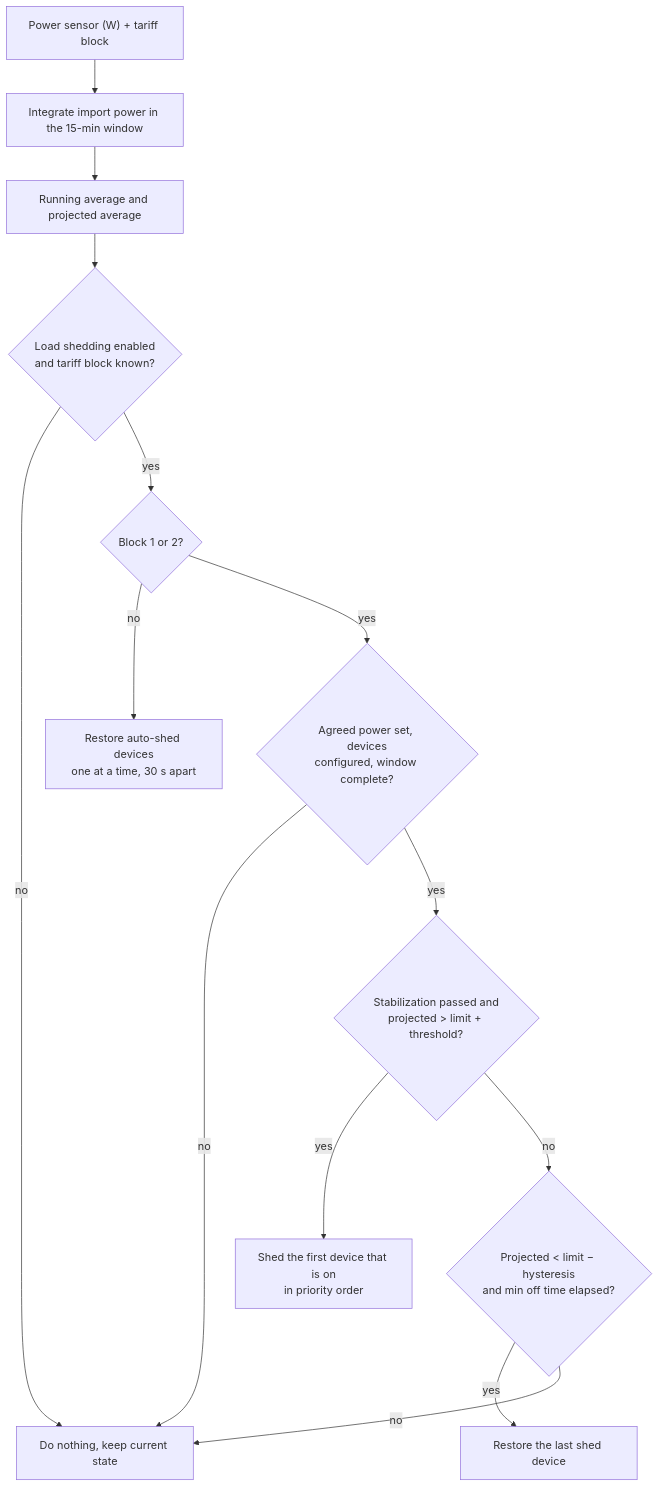
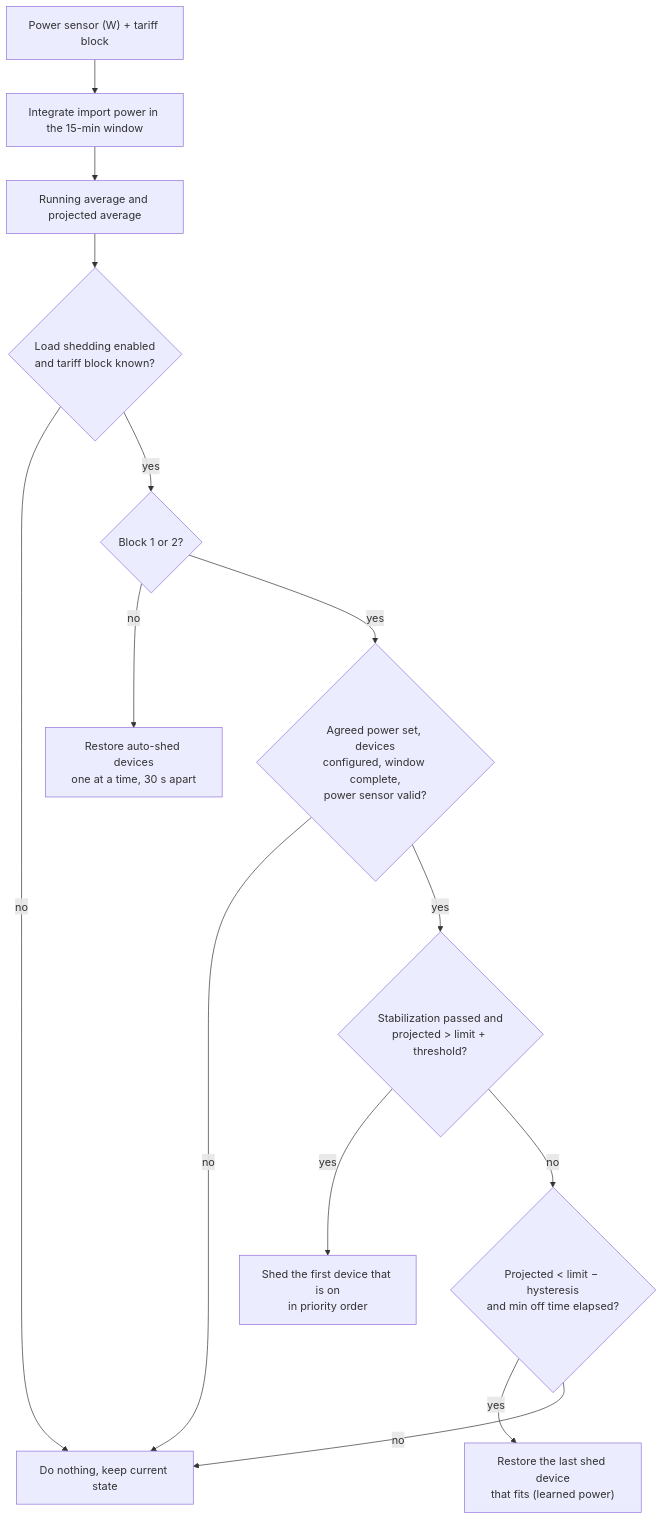
The diagram in README.md (JernejHren/Namudri-Elektro), drawn with Mermaid before and after one commit. The commit also changed other lines of this file and 9 other files, not shown here.

First line of the commit message:
Harden the controller: slow devices, stale sensor, learned power, max off time

````diff
--- a/README.md
+++ b/README.md
@@ -47,16 +49,16 @@
 ```mermaid
 flowchart TD
     A["Power sensor (W) + tariff block"] --> B["Integrate import power in the 15-min window"]
     B --> C["Running average and projected average"]
     C --> D{"Load shedding enabled<br/>and tariff block known?"}
     D -- no --> Z["Do nothing, keep current state"]
     D -- yes --> E{"Block 1 or 2?"}
     E -- no --> R1["Restore auto-shed devices<br/>one at a time, 30 s apart"]
-    E -- yes --> L{"Agreed power set, devices<br/>configured, window complete?"}
+    E -- yes --> L{"Agreed power set, devices<br/>configured, window complete,<br/>power sensor valid?"}
     L -- no --> Z
     L -- yes --> F{"Stabilization passed and<br/>projected > limit + threshold?"}
     F -- yes --> S["Shed the first device that is on<br/>in priority order"]
     F -- no --> G{"Projected < limit − hysteresis<br/>and min off time elapsed?"}
-    G -- yes --> R2["Restore the last shed device"]
+    G -- yes --> R2["Restore the last shed device<br/>that fits (learned power)"]
     G -- no --> Z
 ```
````
